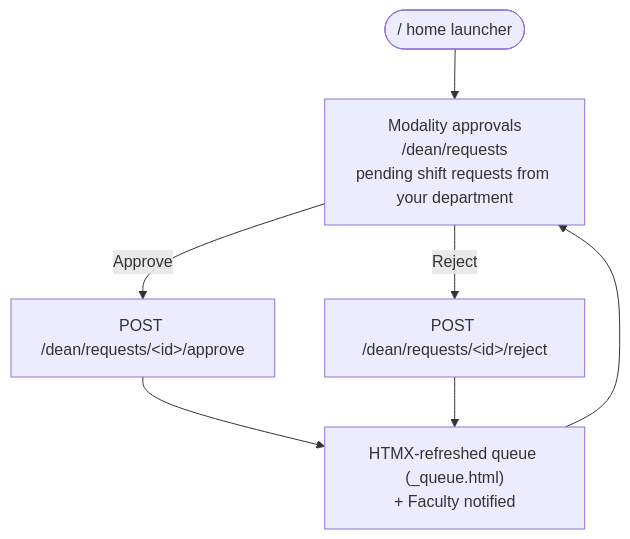
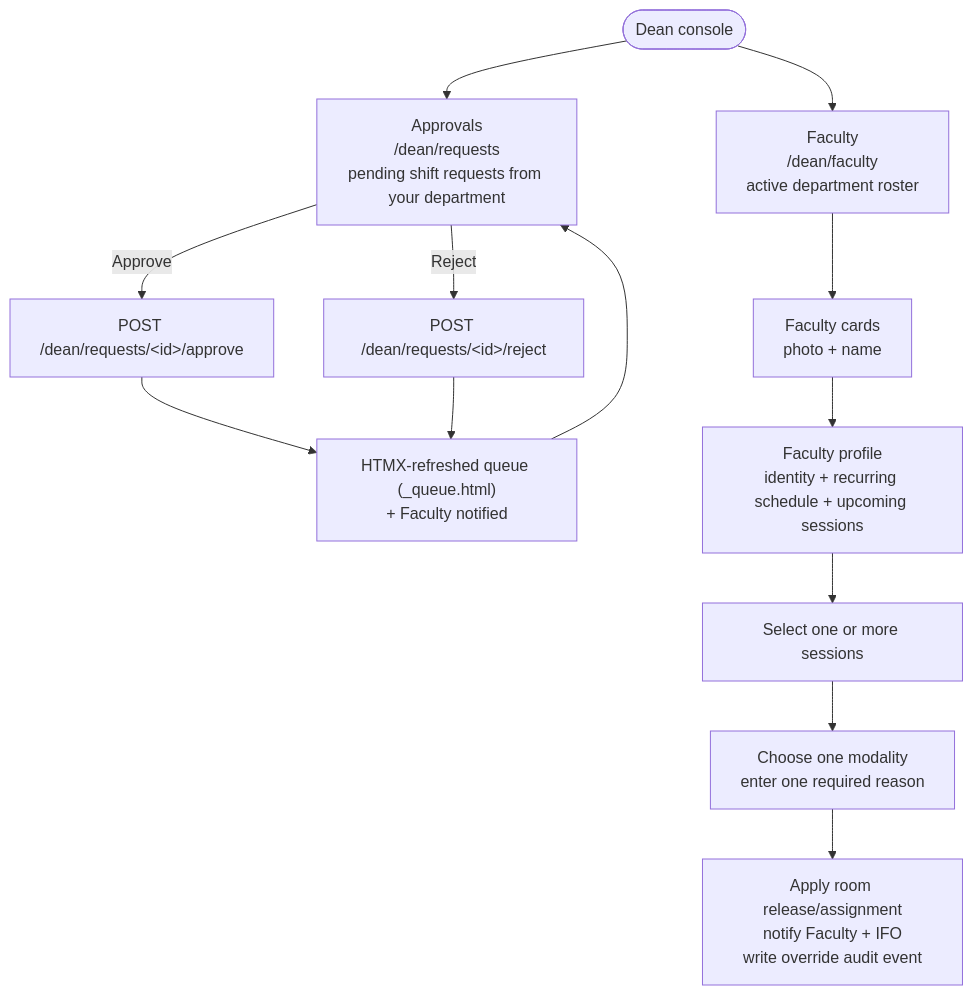
The fourth of 8 diagrams in docs/USER_FLOWS.md (Shion-main/fluxtrack-main), drawn with Mermaid before and after one commit. The commit also changed other lines of this file and 949 other files, not shown here.

````diff
--- a/docs/USER_FLOWS.md
+++ b/docs/USER_FLOWS.md
@@ -127,9 +131,15 @@
 ```mermaid
 flowchart TD
-    Home(["/ home launcher"]) --> Queue["Modality approvals<br/>/dean/requests<br/>pending shift requests from your department"]
+    Home(["Dean console"]) --> Queue["Approvals<br/>/dean/requests<br/>pending shift requests from your department"]
+    Home --> Faculty["Faculty<br/>/dean/faculty<br/>active department roster"]
     Queue -->|Approve| Approve["POST /dean/requests/&lt;id&gt;/approve"]
     Queue -->|Reject| Reject["POST /dean/requests/&lt;id&gt;/reject"]
     Approve --> QueueUpdated["HTMX-refreshed queue (_queue.html)<br/>+ Faculty notified"]
     Reject --> QueueUpdated
     QueueUpdated --> Queue
+    Faculty --> FacultyPick["Faculty cards<br/>photo + name"]
+    FacultyPick --> Profile["Faculty profile<br/>identity + recurring schedule + upcoming sessions"]
+    Profile --> SelectSessions["Select one or more sessions"]
+    SelectSessions --> SetModality["Choose one modality<br/>enter one required reason"]
+    SetModality --> ApplyOverride["Apply room release/assignment<br/>notify Faculty + IFO<br/>write override audit event"]
 ```
````
